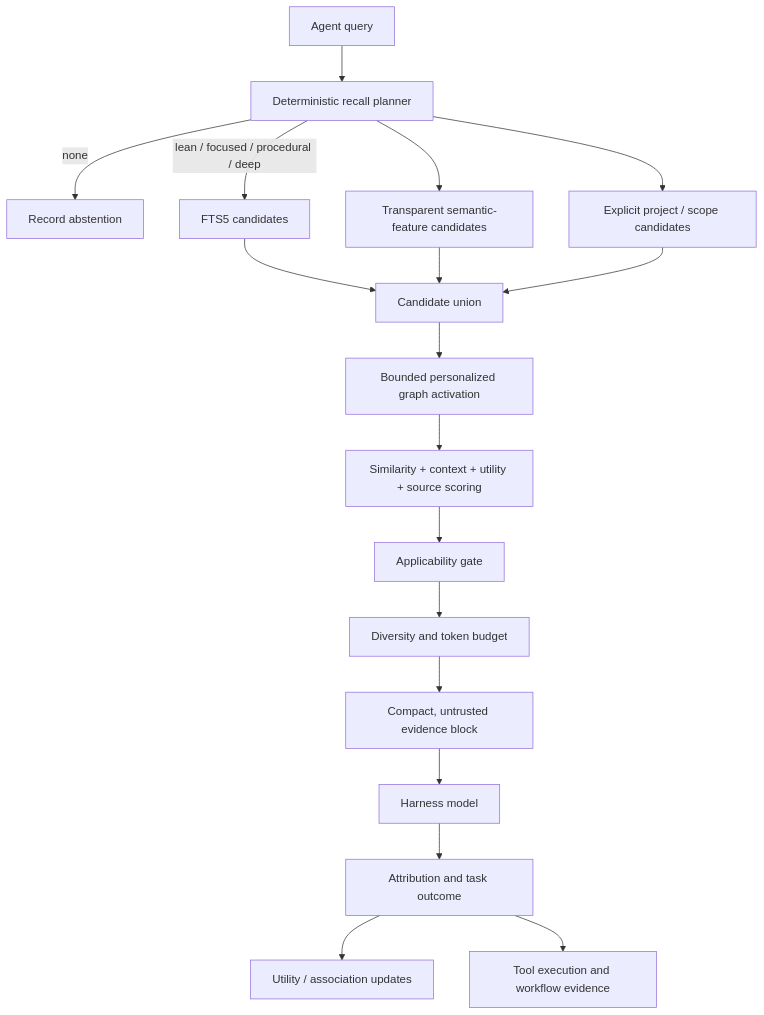
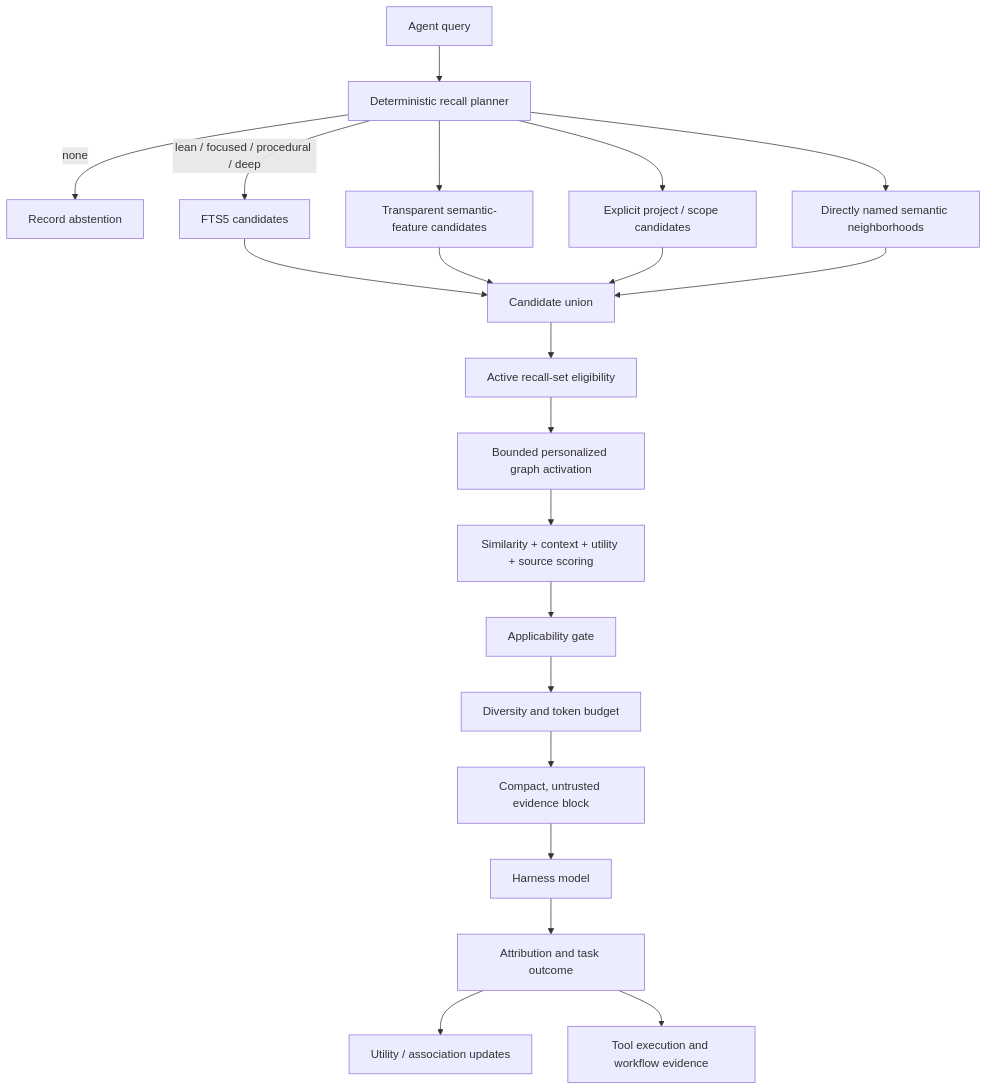
One commit to jacobycoffin/cortex-memory changed the diagram in docs/ARCHITECTURE.md. Above: the diagram before and after it, drawn with Mermaid. The commit also changed other lines of this file and 21 other files, not shown here.

````diff
--- a/docs/ARCHITECTURE.md
+++ b/docs/ARCHITECTURE.md
@@ -18,20 +20,23 @@
 ```mermaid
 flowchart TD
     A["Agent query"] --> B["Deterministic recall planner"]
     B -->|"none"| C["Record abstention"]
     B -->|"lean / focused / procedural / deep"| D["FTS5 candidates"]
     B --> D2["Transparent semantic-feature candidates"]
     D --> E["Candidate union"]
     D2 --> E
     B --> D3["Explicit project / scope candidates"]
     D3 --> E
-    E --> F["Bounded personalized graph activation"]
+    B --> D4["Directly named semantic neighborhoods"]
+    D4 --> E
+    E --> R["Active recall-set eligibility"]
+    R --> F["Bounded personalized graph activation"]
     F --> G["Similarity + context + utility + source scoring"]
     G --> G2["Applicability gate"]
     G2 --> H["Diversity and token budget"]
     H --> I["Compact, untrusted evidence block"]
     I --> J["Harness model"]
     J --> K["Attribution and task outcome"]
     K --> L["Utility / association updates"]
     K --> M["Tool execution and workflow evidence"]
 ```
````
